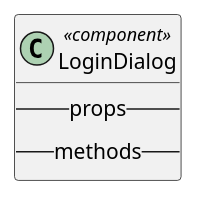
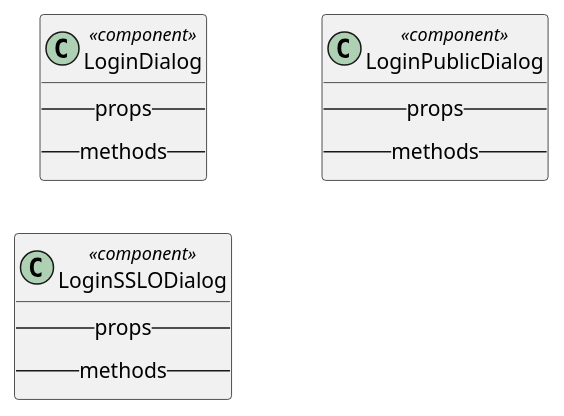
The diagram in LoginDialog.puml (GaryChung34/plantUML), drawn with PlantUML before and after one commit.

Commit message:
update loginDialog

```diff
--- a/LoginDialog.puml
+++ b/LoginDialog.puml
@@ -1,11 +1,20 @@
 @startuml
 left to right direction
 
 ' main class
 class LoginDialog <<component>> {
     --props--
     --methods--
 }
 
+class LoginSSLODialog <<component>> {
+    --props--
+    --methods--
+}
+
+class LoginPublicDialog <<component>> {
+    --props--
+    --methods--
+}
 
 @enduml
```
